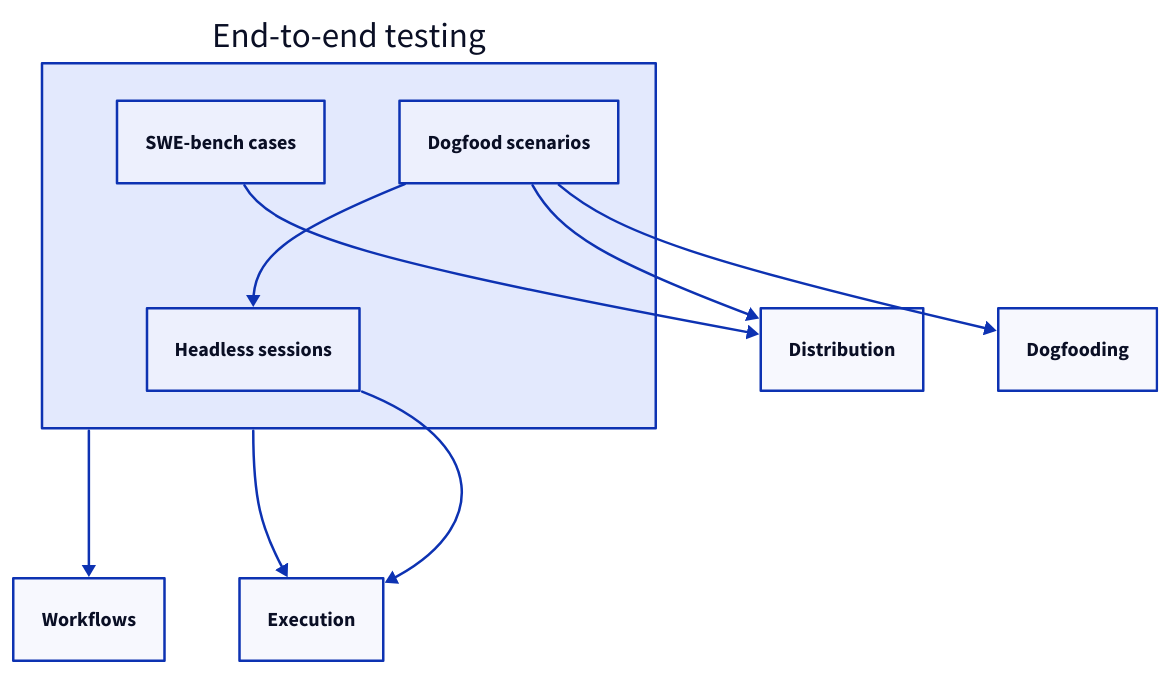
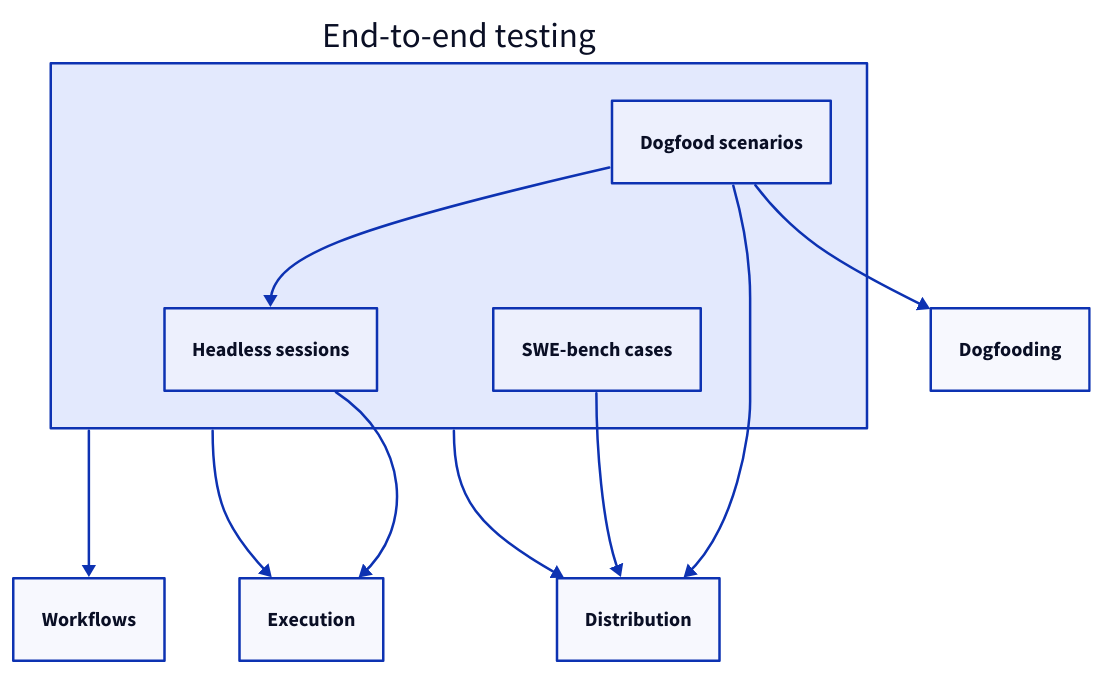
One commit to FTOD/concorde changed the diagram in specs/concorde/e2e/module.md. Above: the diagram before and after it, drawn with D2. The commit also changed other lines of this file and 28 other files, not shown here.

````diff
--- a/specs/concorde/e2e/module.md
+++ b/specs/concorde/e2e/module.md
@@ -125,18 +148,19 @@
 ```d2
 e2e: End-to-end testing {
   sessions: Headless sessions
   cases: SWE-bench cases
   dogfood: Dogfood scenarios
   dogfood -> sessions
 }
 execution: Execution
 distribution: Distribution
 dogfooding: Dogfooding
 workflows: Workflows
 e2e -> workflows
 e2e -> execution
+e2e -> distribution
 e2e.sessions -> execution
 e2e.cases -> distribution
 e2e.dogfood -> distribution
 e2e.dogfood -> dogfooding
 ```
````
